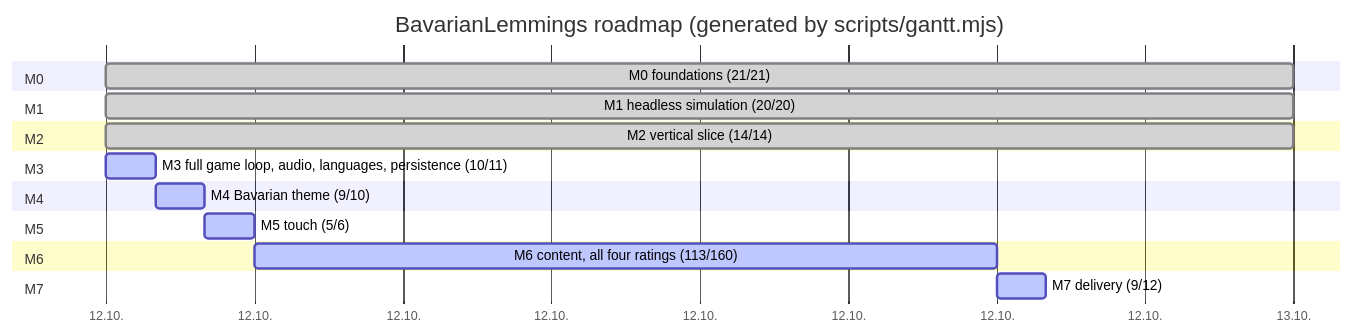
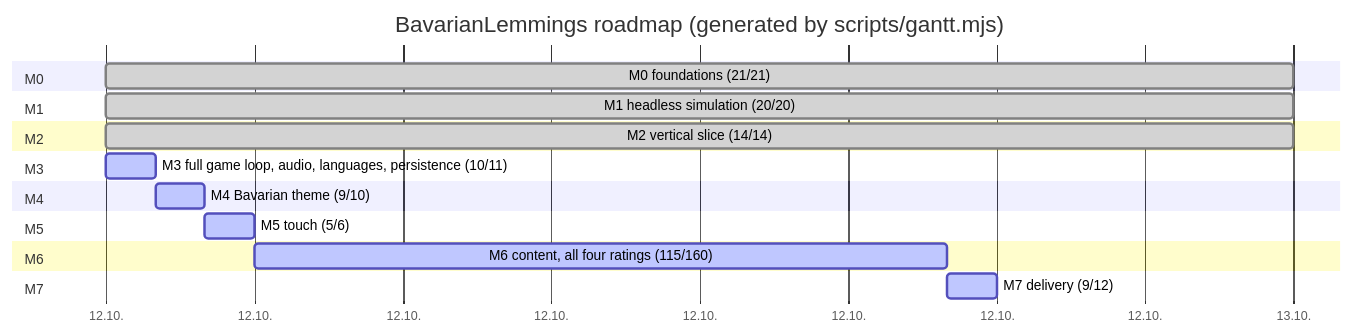
One commit to marcelpetrick/BavarianLemmings changed the diagram in plan.md. Above: the diagram before and after it, drawn with Mermaid. The commit also changed other lines of this file and 10 other files, not shown here.

````diff
--- a/plan.md
+++ b/plan.md
@@ -43,22 +43,22 @@
 ```mermaid
 gantt
     title BavarianLemmings roadmap (generated by scripts/gantt.mjs)
     dateFormat  YYYY-MM-DD
     axisFormat  %d.%m.
     section M0
     M0 foundations (21/21) :done, m0, 2026-10-12, 1d
     section M1
     M1 headless simulation (20/20) :done, m1, 2026-10-12, 1d
     section M2
     M2 vertical slice (14/14) :done, m2, 2026-10-12, 1d
     section M3
     M3 full game loop, audio, languages, persistence (10/11) :active, m3, 2026-10-12, 1h
     section M4
     M4 Bavarian theme (9/10) :active, m4, after m3, 1h
     section M5
     M5 touch (5/6) :active, m5, after m4, 1h
     section M6
-    M6 content, all four ratings (113/160) :active, m6, after m5, 15h
+    M6 content, all four ratings (115/160) :active, m6, after m5, 14h
     section M7
     M7 delivery (9/12) :active, m7, after m6, 1h
 ```
````
